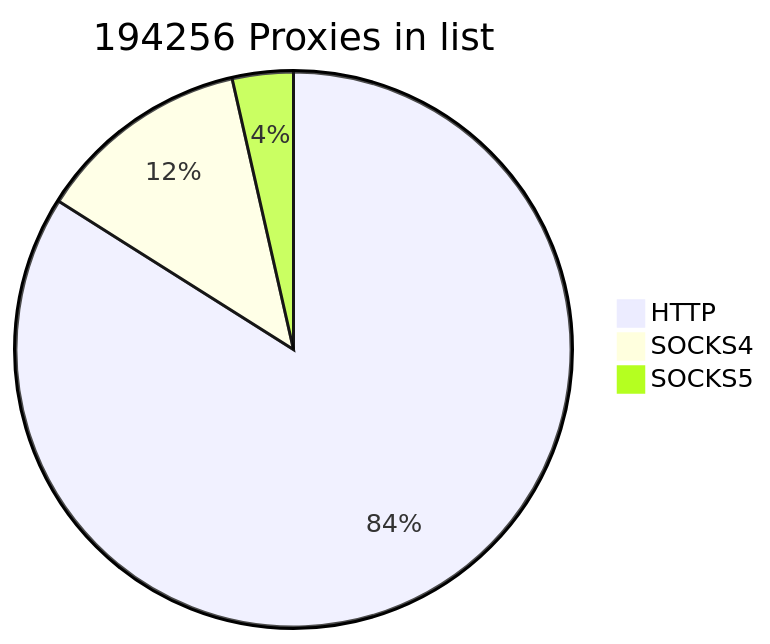
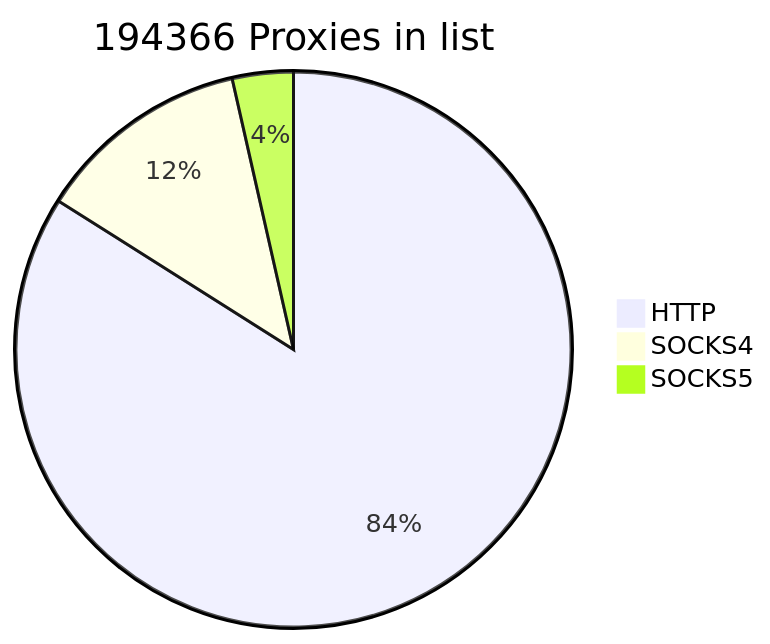
The first of 2 diagrams in README.md (cutipu/proxylist), drawn with Mermaid before and after one commit. The commit also changed other lines of this file, not shown here.

````diff
--- a/README.md
+++ b/README.md
@@ -2,7 +2,7 @@
 ```mermaid
-pie title 194256 Proxies in list
-    "HTTP" : 163104
+pie title 194366 Proxies in list
+    "HTTP" : 163214
     "SOCKS4" : 24262
     "SOCKS5" : 6890
             
 ```
````
